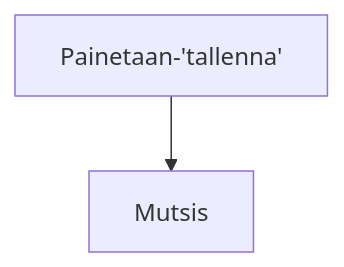
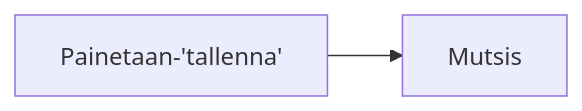
The diagram in 0.4.md (PasiParviainen/Fullstackosa0), drawn with Mermaid before and after one commit.

````diff
--- a/0.4.md
+++ b/0.4.md
@@ -1,4 +1,4 @@
 ```mermaid
-graph TD;
+graph LR;
   Painetaan-'tallenna'-->Mutsis;
 ```
````
